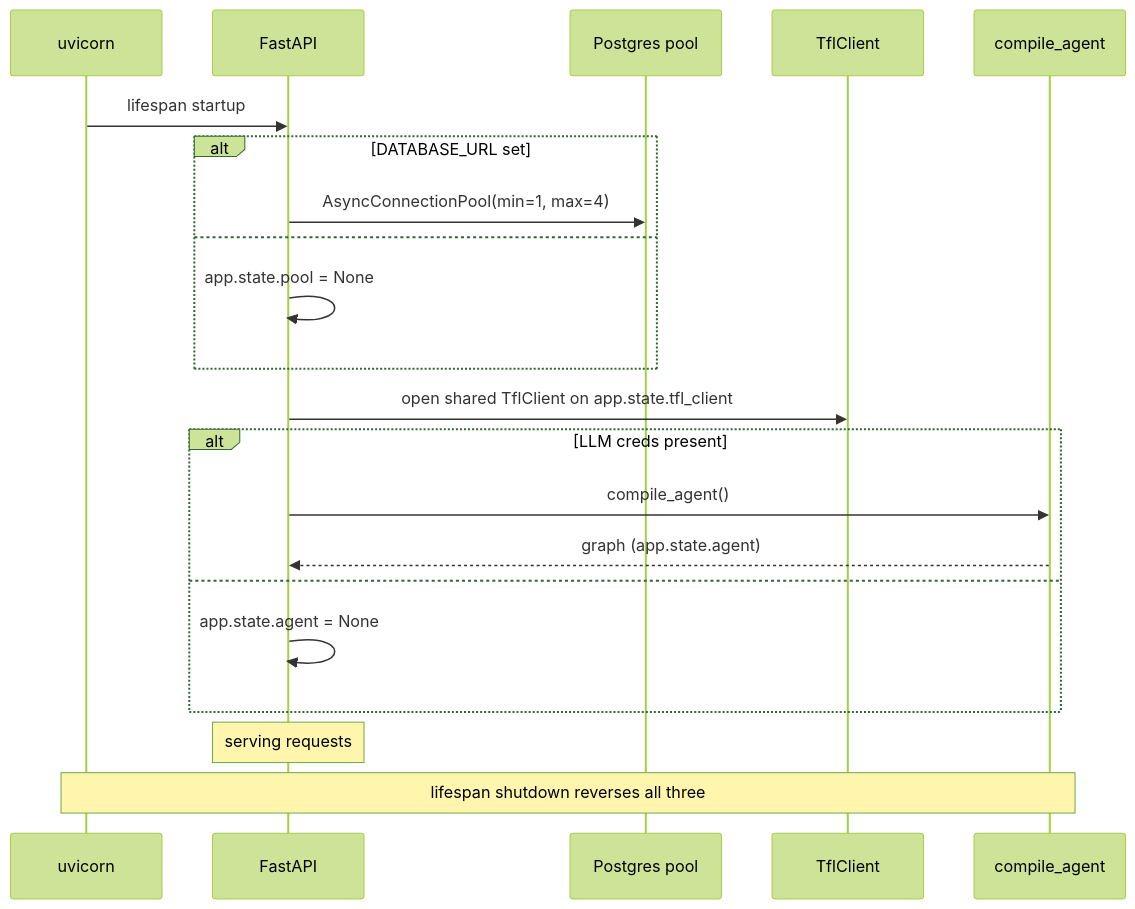
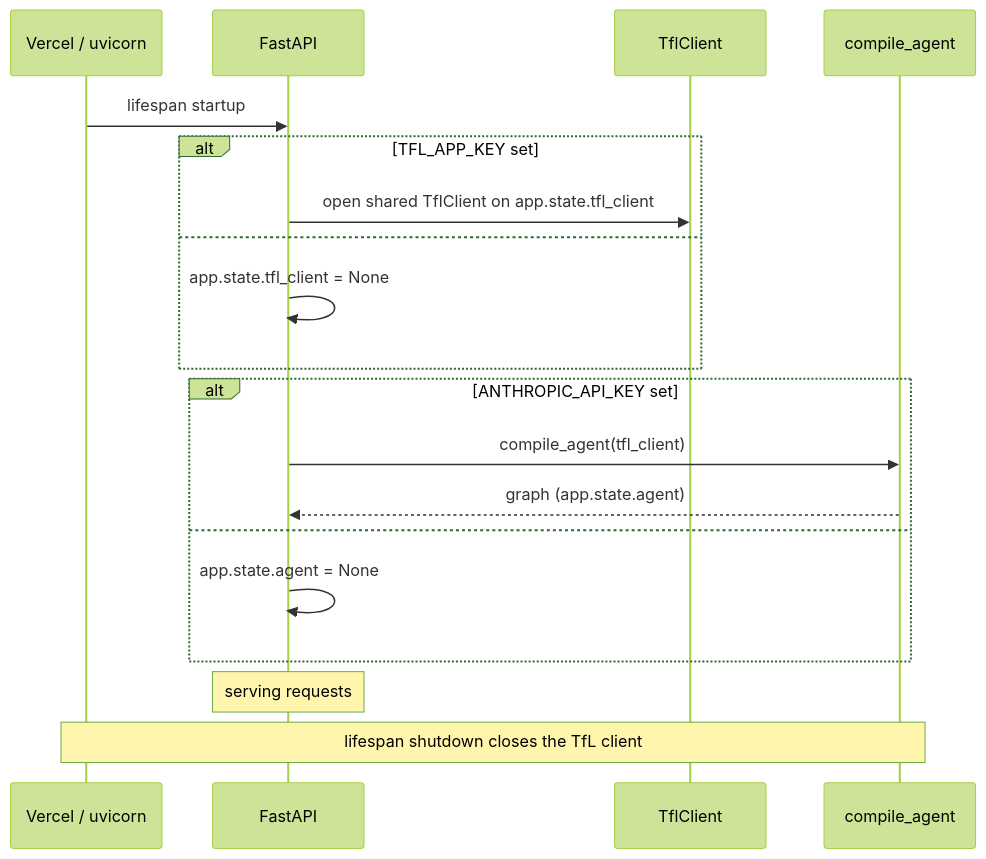
One commit to hcslomeu/tfl-monitor changed the first of 2 diagrams in docs/pipelines/api.md. Above: the diagram before and after it, drawn with Mermaid (forest theme). The commit also changed other lines of this file and 140 other files, not shown here.

First line of the commit message:
contract: move API to Vercel, drop RAG, Postgres and Bedrock (TM-36) (#252)

````diff
--- a/docs/pipelines/api.md
+++ b/docs/pipelines/api.md
@@ -36,24 +39,22 @@
 ```mermaid
 sequenceDiagram
-    participant Boot as uvicorn
+    participant Boot as Vercel / uvicorn
     participant App as FastAPI
-    participant DB as Postgres pool
     participant TFL as TflClient
     participant LLM as compile_agent
 
     Boot->>App: lifespan startup
-    alt DATABASE_URL set
-      App->>DB: AsyncConnectionPool(min=1, max=4)
+    alt TFL_APP_KEY set
+      App->>TFL: open shared TflClient on app.state.tfl_client
     else
-      App->>App: app.state.pool = None
+      App->>App: app.state.tfl_client = None
     end
-    App->>TFL: open shared TflClient on app.state.tfl_client
-    alt LLM creds present
-      App->>LLM: compile_agent()
+    alt ANTHROPIC_API_KEY set
+      App->>LLM: compile_agent(tfl_client)
       LLM-->>App: graph (app.state.agent)
     else
       App->>App: app.state.agent = None
     end
     Note over App: serving requests
-    Note over Boot,LLM: lifespan shutdown reverses all three
+    Note over Boot,LLM: lifespan shutdown closes the TfL client
 ```
````
